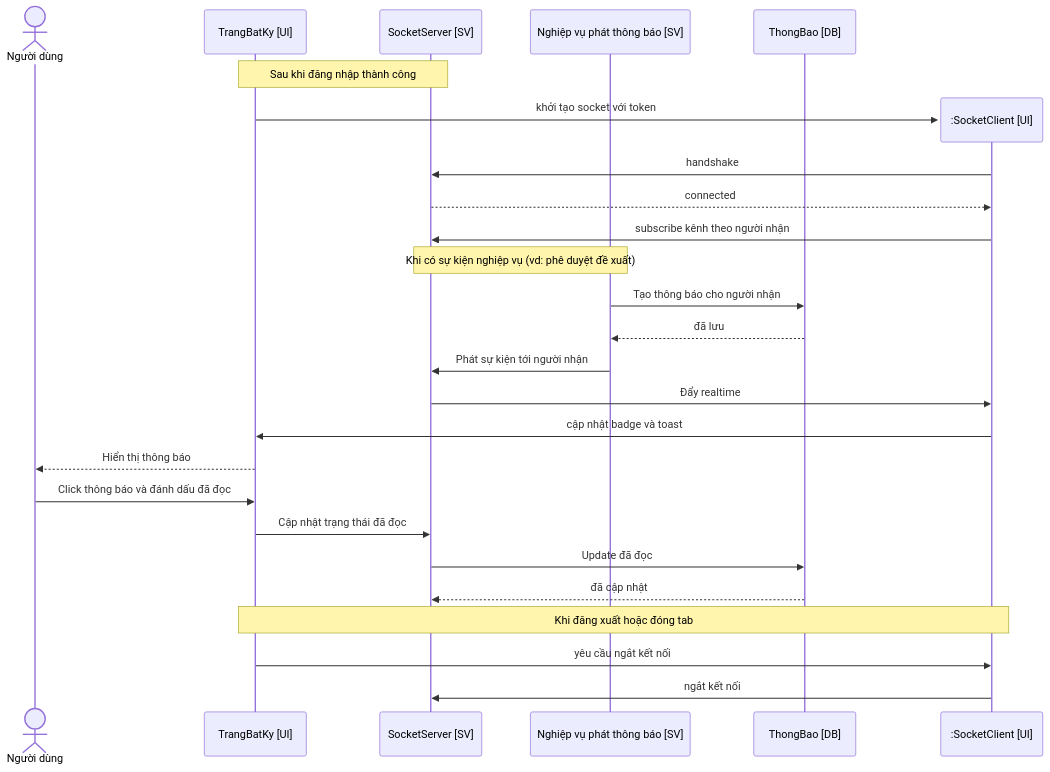
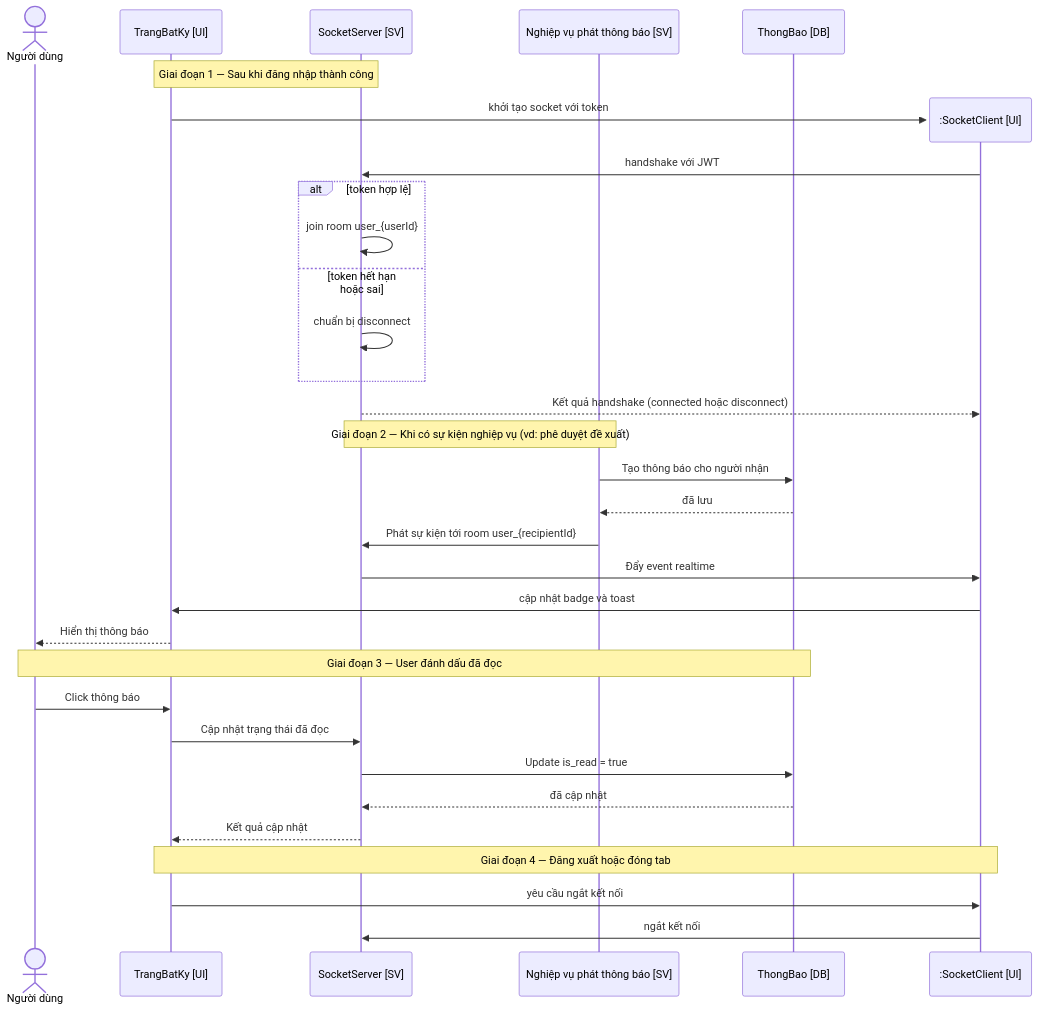
The sixth of 9 diagrams in docs/diagrams/05-sequence.md (tranducbk/DATN_PM_QLKT), drawn with Mermaid before and after one commit. The commit also changed other lines of this file and 69 other files, not shown here.

````diff
--- a/docs/diagrams/05-sequence.md
+++ b/docs/diagrams/05-sequence.md
@@ -203,33 +238,41 @@
 ```mermaid
 sequenceDiagram
     actor User as Người dùng
     participant Page as TrangBatKy [UI]
     participant Server as SocketServer [SV]
     participant Sys as Nghiệp vụ phát thông báo [SV]
     participant TB as ThongBao [DB]
 
-    Note over Page,Server: Sau khi đăng nhập thành công
+    Note over Page,Server: Giai đoạn 1 — Sau khi đăng nhập thành công
     create participant Sock as :SocketClient [UI]
     Page->>Sock: khởi tạo socket với token
-    Sock->>Server: handshake
-    Server-->>Sock: connected
-    Sock->>Server: subscribe kênh theo người nhận
+    Sock->>Server: handshake với JWT
 
-    Note over Sys,Server: Khi có sự kiện nghiệp vụ (vd: phê duyệt đề xuất)
+    alt token hợp lệ
+        Server->>Server: join room user_{userId}
+    else token hết hạn hoặc sai
+        Server->>Server: chuẩn bị disconnect
+    end
+
+    Server-->>Sock: Kết quả handshake (connected hoặc disconnect)
+
+    Note over Sys,Server: Giai đoạn 2 — Khi có sự kiện nghiệp vụ (vd: phê duyệt đề xuất)
     Sys->>TB: Tạo thông báo cho người nhận
     TB-->>Sys: đã lưu
-    Sys->>Server: Phát sự kiện tới người nhận
-    Server->>Sock: Đẩy realtime
+    Sys->>Server: Phát sự kiện tới room user_{recipientId}
+    Server->>Sock: Đẩy event realtime
     Sock->>Page: cập nhật badge và toast
     Page-->>User: Hiển thị thông báo
 
-    User->>Page: Click thông báo và đánh dấu đã đọc
+    Note over User,TB: Giai đoạn 3 — User đánh dấu đã đọc
+    User->>Page: Click thông báo
     Page->>Server: Cập nhật trạng thái đã đọc
-    Server->>TB: Update đã đọc
+    Server->>TB: Update is_read = true
     TB-->>Server: đã cập nhật
+    Server-->>Page: Kết quả cập nhật
 
-    Note over Page,Sock: Khi đăng xuất hoặc đóng tab
+    Note over Page,Sock: Giai đoạn 4 — Đăng xuất hoặc đóng tab
     Page->>Sock: yêu cầu ngắt kết nối
     Sock->>Server: ngắt kết nối
     destroy Sock
 ```
````
